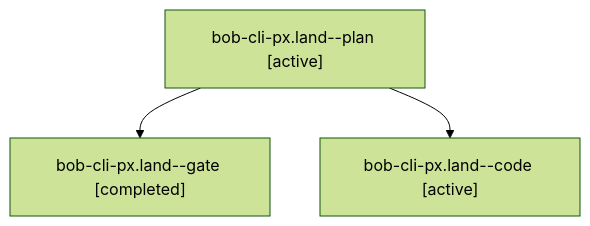
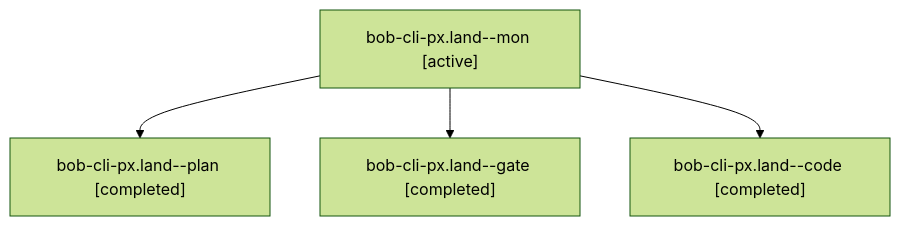
Before and after one commit to bobs-org/bob-cli--agents: the diagram in sessions/bbugyi200.athena.bob-cli-px.land.md, drawn with Mermaid (forest theme). The commit also changed other lines of this file and 34 other files, not shown here.

````diff
--- a/sessions/bbugyi200.athena.bob-cli-px.land.md
+++ b/sessions/bbugyi200.athena.bob-cli-px.land.md
@@ -9,8 +9,10 @@
 ```mermaid
 flowchart TD
-  n0["bob-cli-px.land--plan [active]"]
-  n1["bob-cli-px.land--gate [completed]"]
+  n0["bob-cli-px.land--mon [active]"]
+  n1["bob-cli-px.land--plan [completed]"]
   n0 --> n1
-  n2["bob-cli-px.land--code [active]"]
+  n2["bob-cli-px.land--gate [completed]"]
   n0 --> n2
+  n3["bob-cli-px.land--code [completed]"]
+  n0 --> n3
 ```
````
